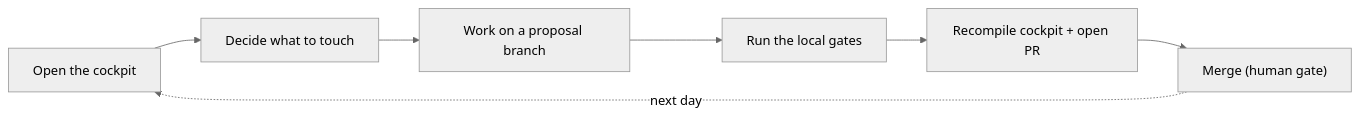
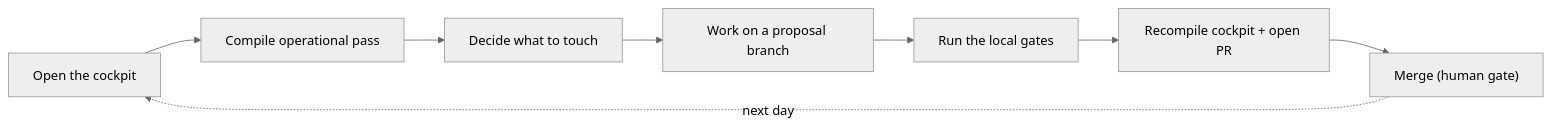
One commit to kimlage/wiki-viva-kit changed the diagram in memories/system/wiki/daily-operation.md. Above: the diagram before and after it, drawn with Mermaid (neutral theme). The commit also changed other lines of this file and 17 other files, not shown here.

Commit message:
Add operational pass gate

````diff
--- a/memories/system/wiki/daily-operation.md
+++ b/memories/system/wiki/daily-operation.md
@@ -50,9 +56,10 @@
 ```mermaid
 flowchart LR
-    cockpit["Open the cockpit"] --> decide["Decide what to touch"]
+    cockpit["Open the cockpit"] --> pass["Compile operational pass"]
+    pass --> decide["Decide what to touch"]
     decide --> branch["Work on a proposal branch"]
     branch --> gates["Run the local gates"]
     gates --> ship["Recompile cockpit + open PR"]
     ship --> merge["Merge (human gate)"]
     merge -. next day .-> cockpit
 ```
````
